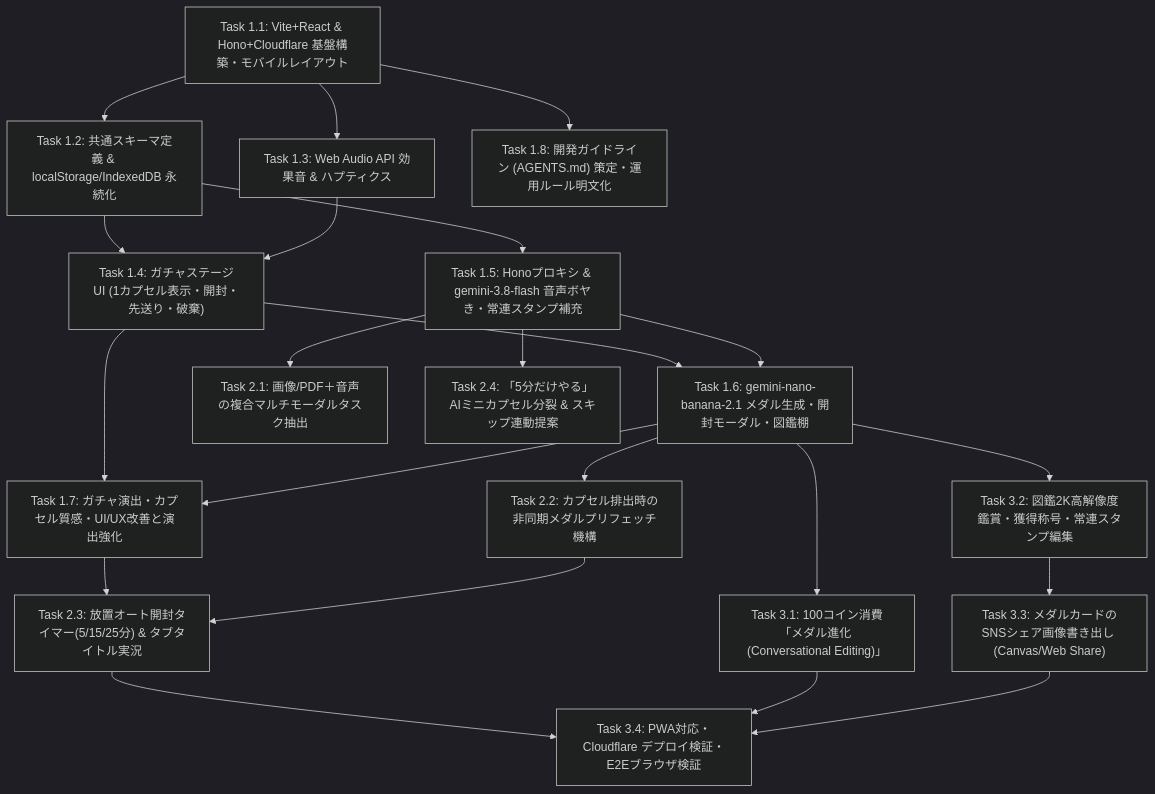
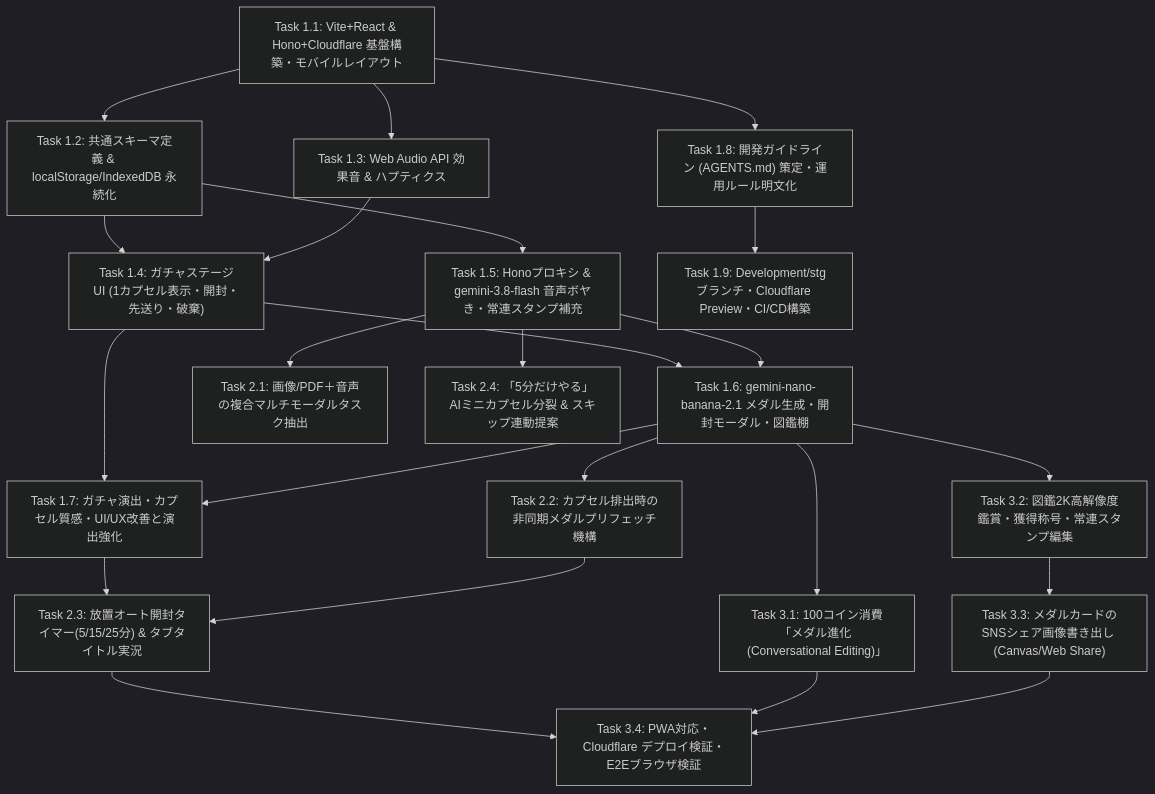
One commit to yharuto0917/capsule-tasks changed the diagram in tasks/plan.md. Above: the diagram before and after it, drawn with Mermaid (dark theme). The commit also changed other lines of this file and 9 other files, not shown here.

First line of the commit message:
chore(devops): [Task 1.9] Development/stgブランチ運用とCloudflare Preview/CI-CD基盤の構築

````diff
--- a/tasks/plan.md
+++ b/tasks/plan.md
@@ -109,26 +109,27 @@
 ```mermaid
 flowchart TD
     T1_1["Task 1.1: Vite+React & Hono+Cloudflare 基盤構築・モバイルレイアウト"] --> T1_2["Task 1.2: 共通スキーマ定義 & localStorage/IndexedDB 永続化"]
     T1_1 --> T1_3["Task 1.3: Web Audio API 効果音 & ハプティクス"]
     T1_2 --> T1_4["Task 1.4: ガチャステージUI (1カプセル表示・開封・先送り・破棄)"]
     T1_3 --> T1_4
     T1_2 --> T1_5["Task 1.5: Honoプロキシ & gemini-3.8-flash 音声ボヤき・常連スタンプ補充"]
     T1_4 --> T1_6["Task 1.6: gemini-nano-banana-2.1 メダル生成・開封モーダル・図鑑棚"]
     T1_5 --> T1_6
     T1_4 --> T1_7["Task 1.7: ガチャ演出・カプセル質感・UI/UX改善と演出強化"]
     T1_6 --> T1_7
     T1_1 --> T1_8["Task 1.8: 開発ガイドライン (AGENTS.md) 策定・運用ルール明文化"]
+    T1_8 --> T1_9["Task 1.9: Development/stgブランチ・Cloudflare Preview・CI/CD構築"]
 
     T1_5 --> T2_1["Task 2.1: 画像/PDF＋音声の複合マルチモーダルタスク抽出"]
     T1_6 --> T2_2["Task 2.2: カプセル排出時の非同期メダルプリフェッチ機構"]
     T1_7 --> T2_3["Task 2.3: 放置オート開封タイマー(5/15/25分) & タブタイトル実況"]
     T2_2 --> T2_3
     T1_5 --> T2_4["Task 2.4: 「5分だけやる」AIミニカプセル分裂 & スキップ連動提案"]
 
     T1_6 --> T3_1["Task 3.1: 100コイン消費「メダル進化 (Conversational Editing)」"]
     T1_6 --> T3_2["Task 3.2: 図鑑2K高解像度鑑賞・獲得称号・常連スタンプ編集"]
     T3_2 --> T3_3["Task 3.3: メダルカードのSNSシェア画像書き出し (Canvas/Web Share)"]
     T2_3 --> T3_4["Task 3.4: PWA対応・Cloudflare デプロイ検証・E2Eブラウザ検証"]
     T3_1 --> T3_4
     T3_3 --> T3_4
 ```
````
